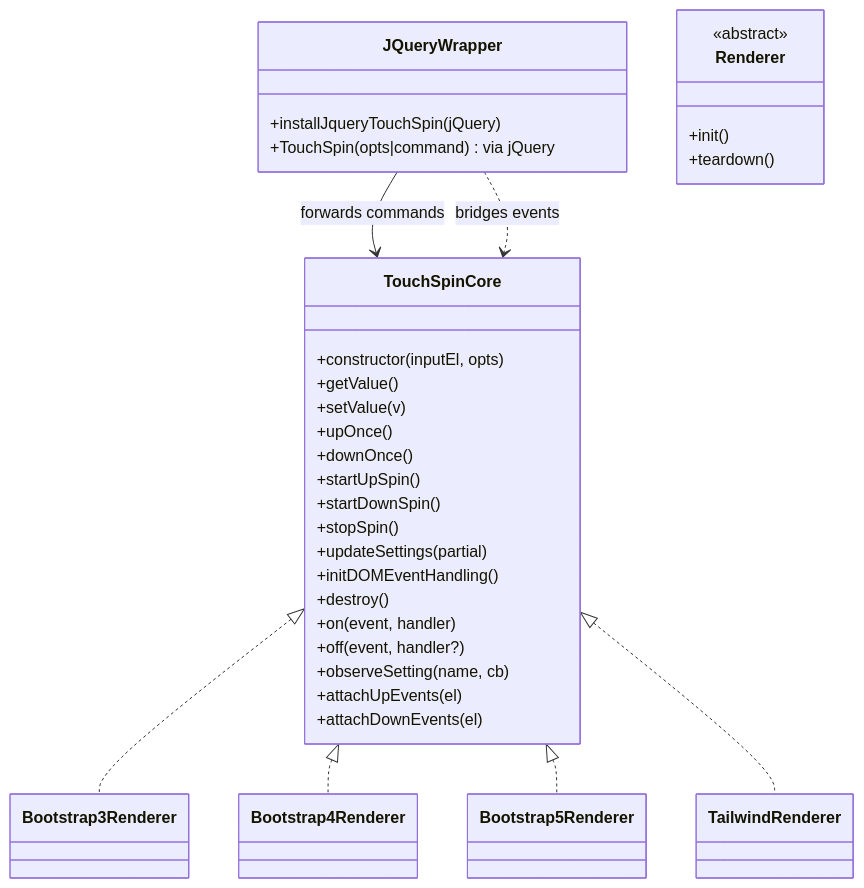
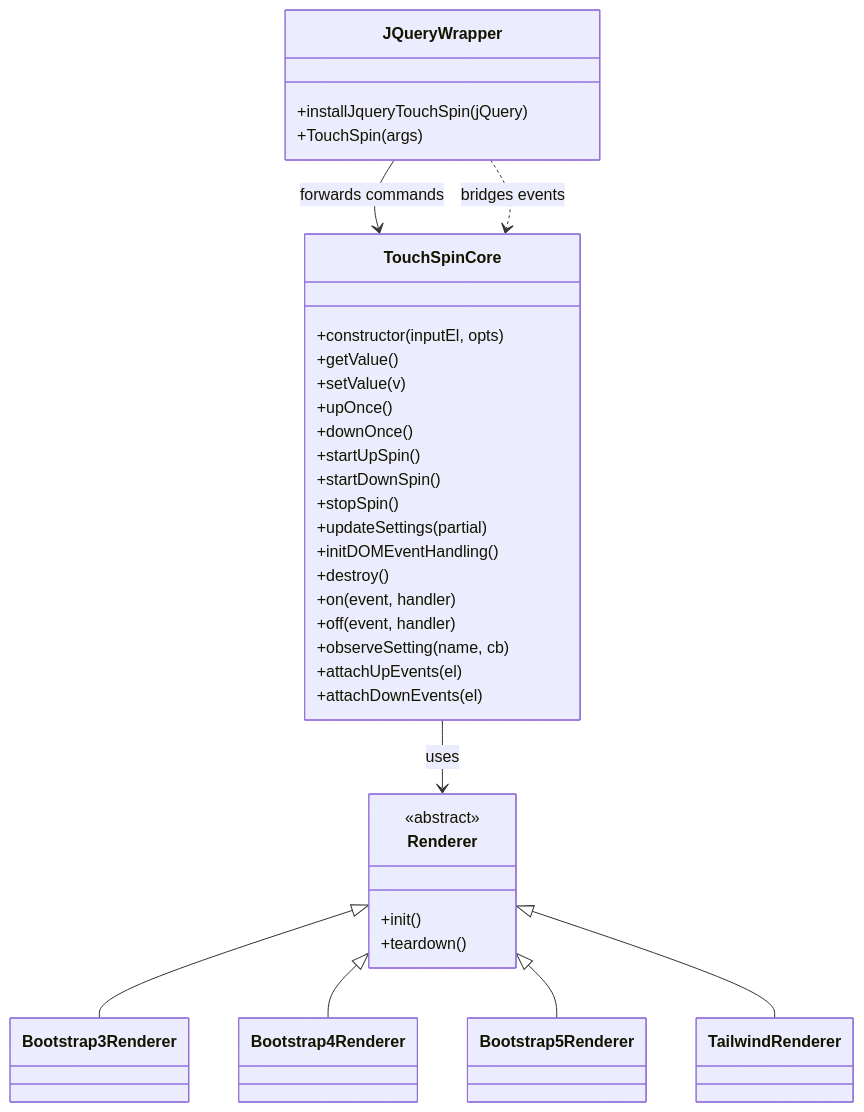
The diagram in architecture-openai/diagrams/class-overview.md (istvan-ujjmeszaros/touchspin), drawn with Mermaid before and after one commit. The commit also changed other lines of this file and 7 other files, not shown here.

````diff
--- a/architecture-openai/diagrams/class-overview.md
+++ b/architecture-openai/diagrams/class-overview.md
@@ -1,42 +1,44 @@
 ```mermaid
 classDiagram
   class TouchSpinCore {
     +constructor(inputEl, opts)
     +getValue()
     +setValue(v)
     +upOnce()
     +downOnce()
     +startUpSpin()
     +startDownSpin()
     +stopSpin()
     +updateSettings(partial)
     +initDOMEventHandling()
     +destroy()
     +on(event, handler)
-    +off(event, handler?)
+    +off(event, handler)
     +observeSetting(name, cb)
     +attachUpEvents(el)
     +attachDownEvents(el)
   }
 
   class JQueryWrapper {
     +installJqueryTouchSpin(jQuery)
-    +TouchSpin(opts|command) via jQuery
+    +TouchSpin(args)
   }
 
-  class Renderer <<abstract>> {
+  class Renderer {
     +init()
     +teardown()
   }
+  <<abstract>> Renderer
   class Bootstrap3Renderer
   class Bootstrap4Renderer
   class Bootstrap5Renderer
   class TailwindRenderer
 
   JQueryWrapper --> TouchSpinCore : forwards commands
   JQueryWrapper ..> TouchSpinCore : bridges events
-  TouchSpinCore <|.. Bootstrap3Renderer
-  TouchSpinCore <|.. Bootstrap4Renderer
-  TouchSpinCore <|.. Bootstrap5Renderer
-  TouchSpinCore <|.. TailwindRenderer
+  TouchSpinCore --> Renderer : uses
+  Renderer <|-- Bootstrap3Renderer
+  Renderer <|-- Bootstrap4Renderer
+  Renderer <|-- Bootstrap5Renderer
+  Renderer <|-- TailwindRenderer
 ```
````
